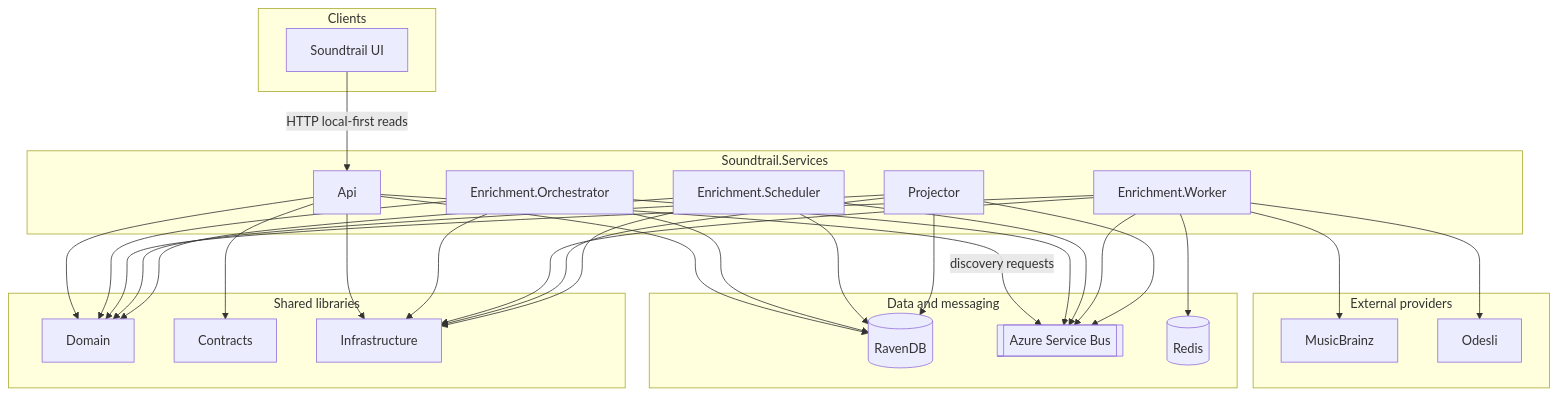
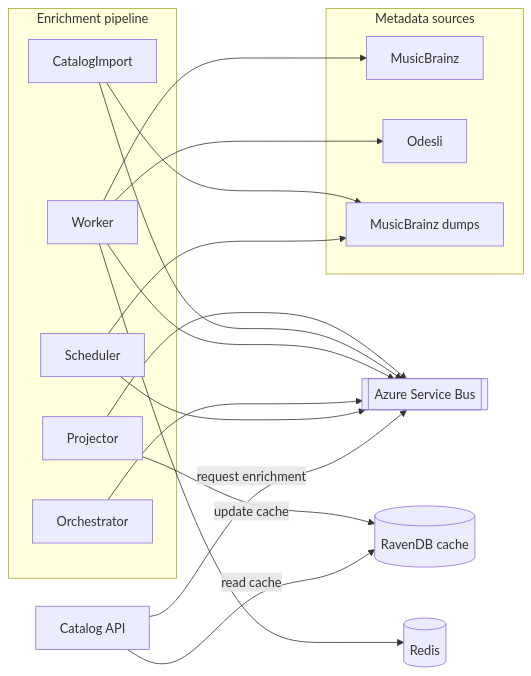
The second of 2 diagrams in README.md (chris27uk/soundtrail-services), drawn with Mermaid before and after one commit. The commit also changed other lines of this file, not shown here.

First line of the commit message:
Rewrite README for product context and architecture (#76)

````diff
--- a/README.md
+++ b/README.md
@@ -30,57 +63,37 @@
 ```mermaid
-flowchart TB
-  subgraph clients [Clients]
-    UI[Soundtrail UI]
-  end
+flowchart LR
+  Api[Catalog API]
+  Bus[[Azure Service Bus]]
+  Raven[(RavenDB cache)]
+  Redis[(Redis)]
 
-  subgraph runtime [Soundtrail.Services]
-    Api[Api]
-    Orchestrator[Enrichment.Orchestrator]
-    Scheduler[Enrichment.Scheduler]
-    Worker[Enrichment.Worker]
+  subgraph enrichment [Enrichment pipeline]
+    Scheduler[Scheduler]
+    Orchestrator[Orchestrator]
+    Worker[Worker]
+    CatalogImport[CatalogImport]
     Projector[Projector]
   end
 
-  subgraph shared [Shared libraries]
-    Domain[Domain]
-    Contracts[Contracts]
-    Infra[Infrastructure]
+  subgraph sources [Metadata sources]
+    MB[MusicBrainz]
+    Odesli[Odesli]
+    Dump[MusicBrainz dumps]
   end
 
-  subgraph data [Data and messaging]
-    Raven[(RavenDB)]
-    Bus[[Azure Service Bus]]
-    Redis[(Redis)]
-  end
+  Api -->|request enrichment| Bus
+  Api -->|read cache| Raven
 
-  subgraph external [External providers]
-    MB[MusicBrainz]
-    Odesli[Odesli]
-  end
+  Scheduler --> Bus
+  Orchestrator --> Bus
+  Worker --> Bus
+  CatalogImport --> Bus
+  Projector --> Bus
 
-  UI -->|HTTP local-first reads| Api
-  Api --> Raven
-  Api -->|discovery requests| Bus
-  Orchestrator --> Bus
-  Orchestrator --> Raven
-  Scheduler --> Bus
-  Scheduler --> Raven
-  Worker --> Bus
-  Worker --> Redis
+  Scheduler --> Dump
+  CatalogImport --> Dump
   Worker --> MB
   Worker --> Odesli
-  Projector --> Bus
-  Projector --> Raven
-
-  Api --> Domain
-  Api --> Contracts
-  Api --> Infra
-  Orchestrator --> Domain
-  Orchestrator --> Infra
-  Worker --> Domain
-  Worker --> Infra
-  Projector --> Domain
-  Projector --> Infra
-  Scheduler --> Domain
-  Scheduler --> Infra
+  Worker --> Redis
+  Projector -->|update cache| Raven
 ```
````
